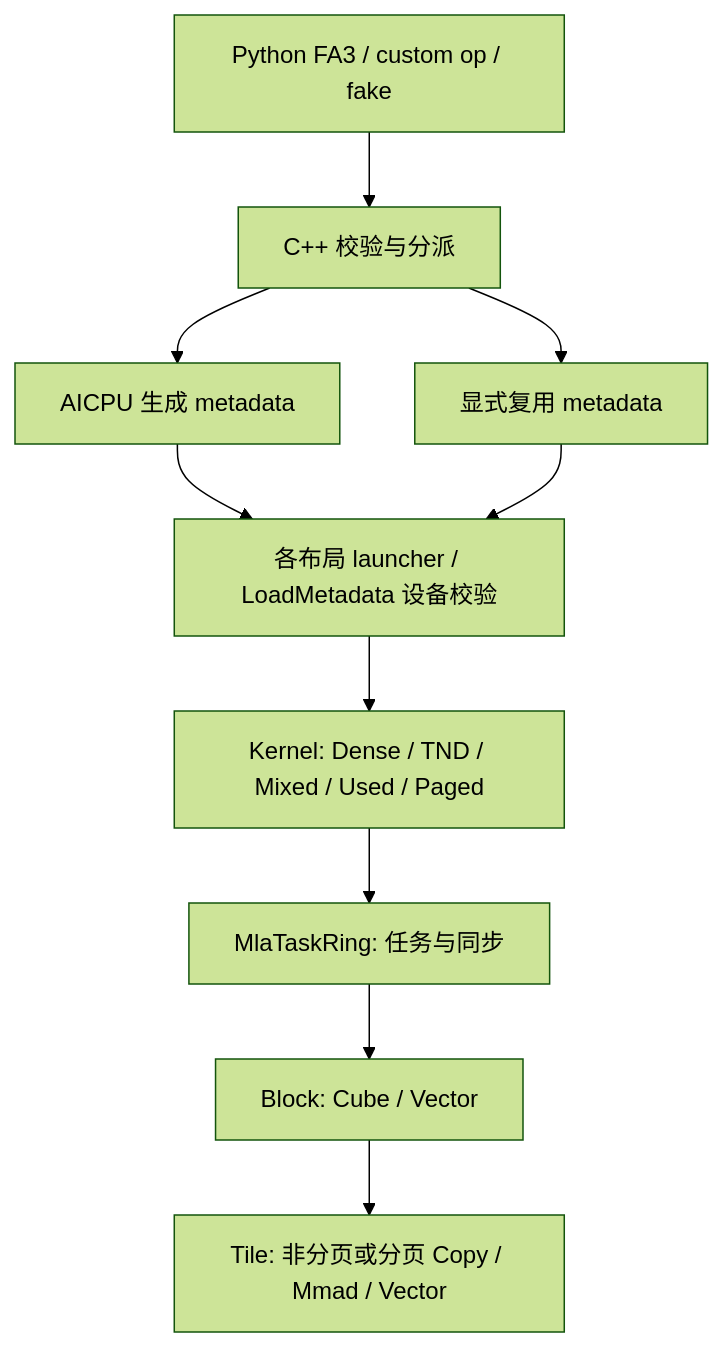
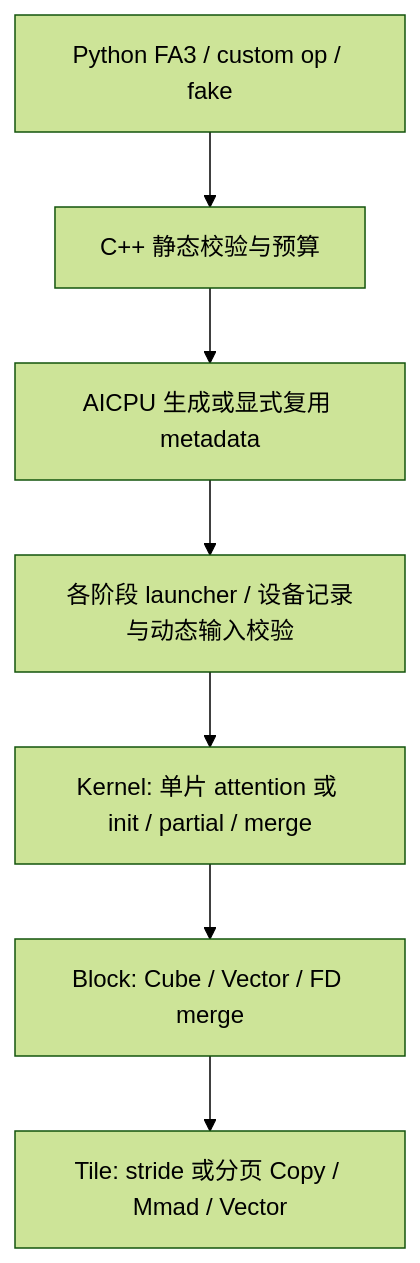
Before and after one commit to JZtt-kyle/flash-attention-npu: the diagram in docs/mla/design.md, drawn with Mermaid (forest theme). The commit also changed other lines of this file and 2 other files, not shown here.

Commit message:
docs: consolidate MLA contracts and refresh handoff

````diff
--- a/docs/mla/design.md
+++ b/docs/mla/design.md
@@ -460,12 +395,9 @@
 ```mermaid
 flowchart TD
-    A[Python FA3 / custom op / fake] --> B[C++ 校验与分派]
-    B --> C[AICPU 生成 metadata]
-    B --> D[显式复用 metadata]
-    C --> E[各布局 launcher / LoadMetadata 设备校验]
-    D --> E
-    E --> F[Kernel: Dense / TND / Mixed / Used / Paged]
-    F --> G[MlaTaskRing: 任务与同步]
-    G --> H[Block: Cube / Vector]
-    H --> I[Tile: 非分页或分页 Copy / Mmad / Vector]
+    A[Python FA3 / custom op / fake] --> B[C++ 静态校验与预算]
+    B --> C[AICPU 生成或显式复用 metadata]
+    C --> D[各阶段 launcher / 设备记录与动态输入校验]
+    D --> E[Kernel: 单片 attention 或 init / partial / merge]
+    E --> F[Block: Cube / Vector / FD merge]
+    F --> G[Tile: stride 或分页 Copy / Mmad / Vector]
 ```
````
